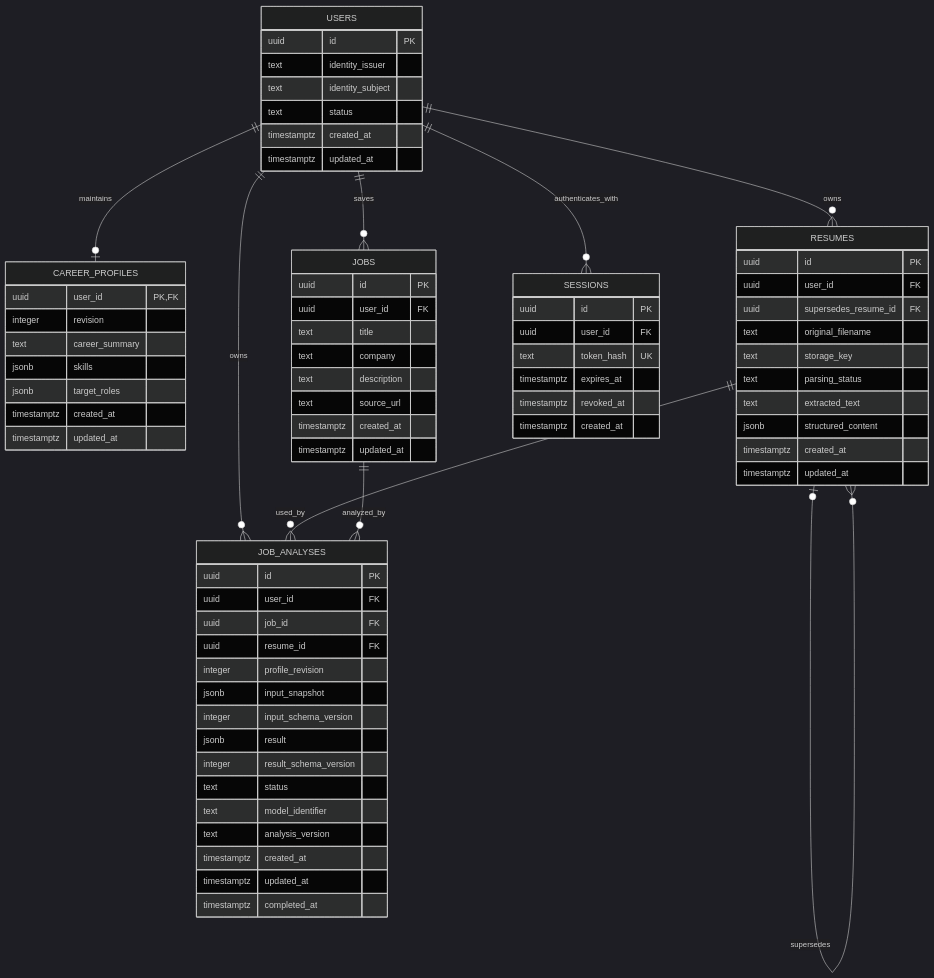
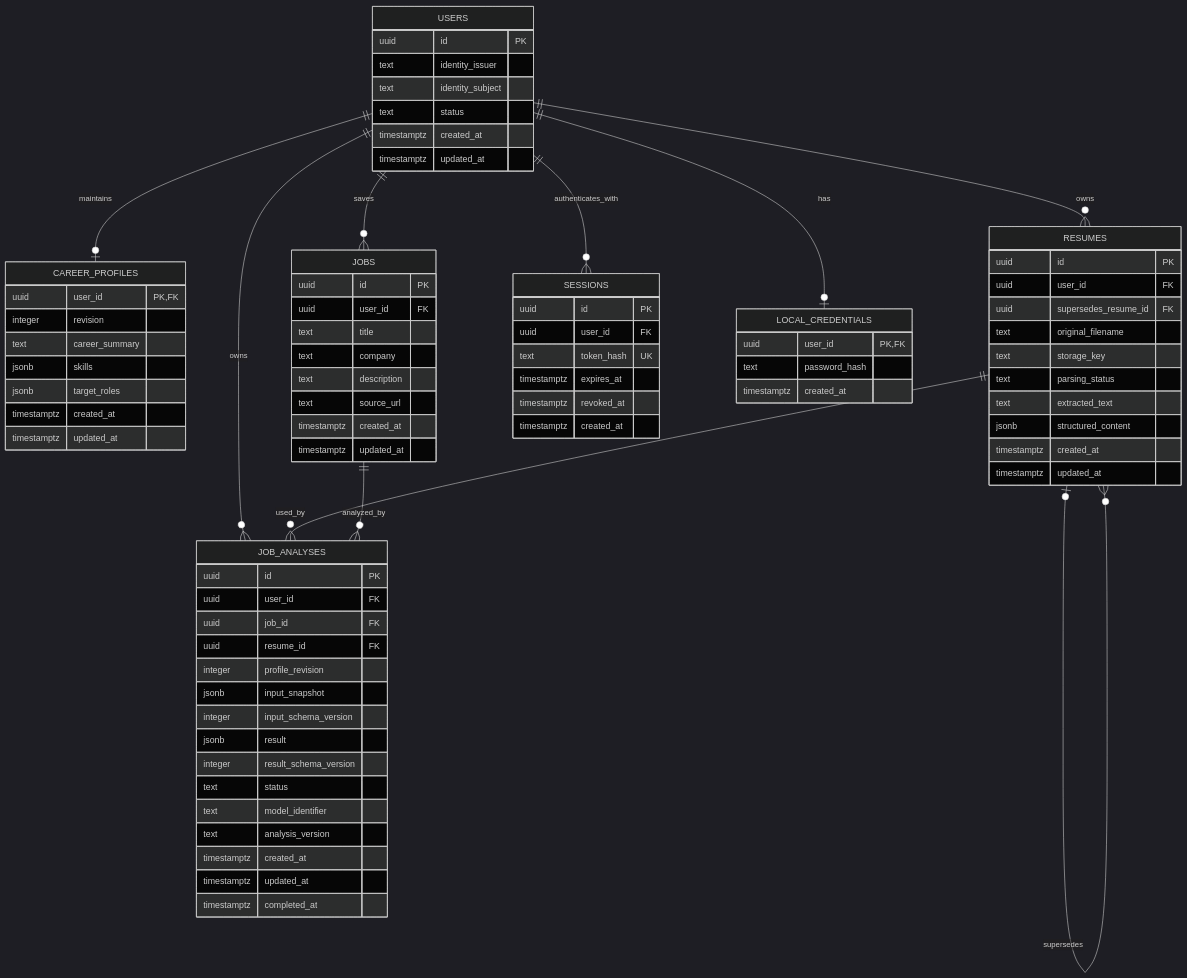
One commit to Holywrj/agentic-career-copilot changed the diagram in docs/architecture.md. Above: the diagram before and after it, drawn with Mermaid (dark theme). The commit also changed other lines of this file and 24 other files, not shown here.

```diff
--- a/docs/architecture.md
+++ b/docs/architecture.md
@@ -100,6 +100,7 @@
     USERS ||--o{ JOBS : saves
     USERS ||--o{ JOB_ANALYSES : owns
     USERS ||--o{ SESSIONS : authenticates_with
+    USERS ||--o| LOCAL_CREDENTIALS : has
 
     RESUMES o|--o{ RESUMES : supersedes
     RESUMES ||--o{ JOB_ANALYSES : used_by
@@ -112,6 +113,12 @@
         text status
         timestamptz created_at
         timestamptz updated_at
+    }
+
+    LOCAL_CREDENTIALS {
+        uuid user_id PK, FK
+        text password_hash
+        timestamptz created_at
     }
 
     CAREER_PROFILES {
```
